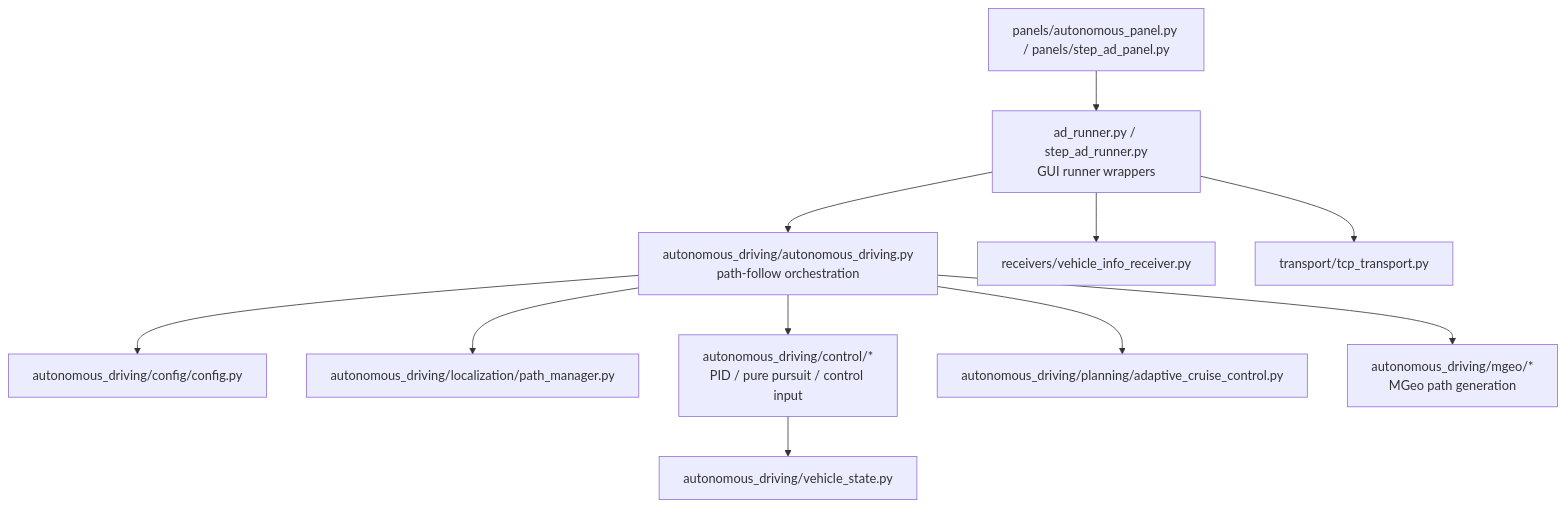
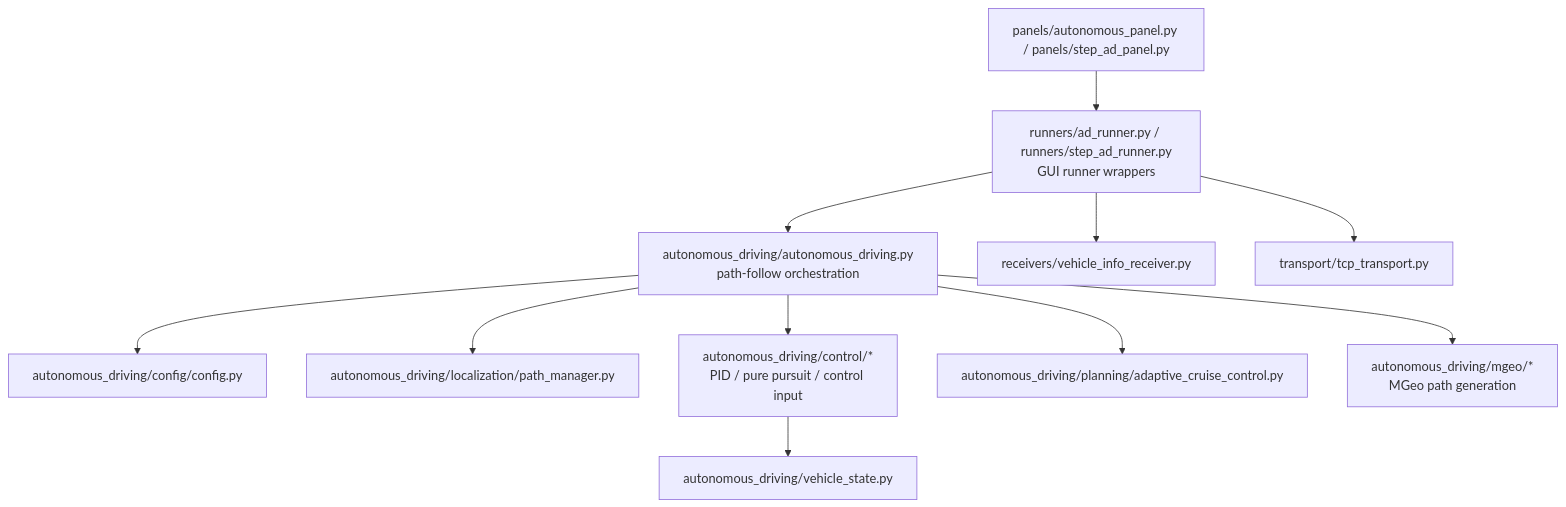
One commit to MORAI-Autonomous/MORAI-SimControl_v2.1 changed the fifth of 5 diagrams in docs/code-review-graph.md. Above: the diagram before and after it, drawn with Mermaid. The commit also changed other lines of this file and 8 other files, not shown here.

````diff
--- a/docs/code-review-graph.md
+++ b/docs/code-review-graph.md
@@ -150,25 +150,25 @@
 ```mermaid
 flowchart TD
-    ad_runner["ad_runner.py / step_ad_runner.py<br/>GUI runner wrappers"]
+    ad_runner["runners/ad_runner.py / runners/step_ad_runner.py<br/>GUI runner wrappers"]
     ad_panel["panels/autonomous_panel.py / panels/step_ad_panel.py"]
     ad_core["autonomous_driving/autonomous_driving.py<br/>path-follow orchestration"]
     config["autonomous_driving/config/config.py"]
     path_manager["autonomous_driving/localization/path_manager.py"]
     control["autonomous_driving/control/*<br/>PID / pure pursuit / control input"]
     planning["autonomous_driving/planning/adaptive_cruise_control.py"]
     mgeo["autonomous_driving/mgeo/*<br/>MGeo path generation"]
     vehicle_state["autonomous_driving/vehicle_state.py"]
     vehicle_receiver["receivers/vehicle_info_receiver.py"]
     tcp["transport/tcp_transport.py"]
 
     ad_panel --> ad_runner
     ad_runner --> ad_core
     ad_runner --> vehicle_receiver
     ad_runner --> tcp
     ad_core --> config
     ad_core --> path_manager
     ad_core --> control
     ad_core --> planning
     ad_core --> mgeo
     control --> vehicle_state
 ```
````
